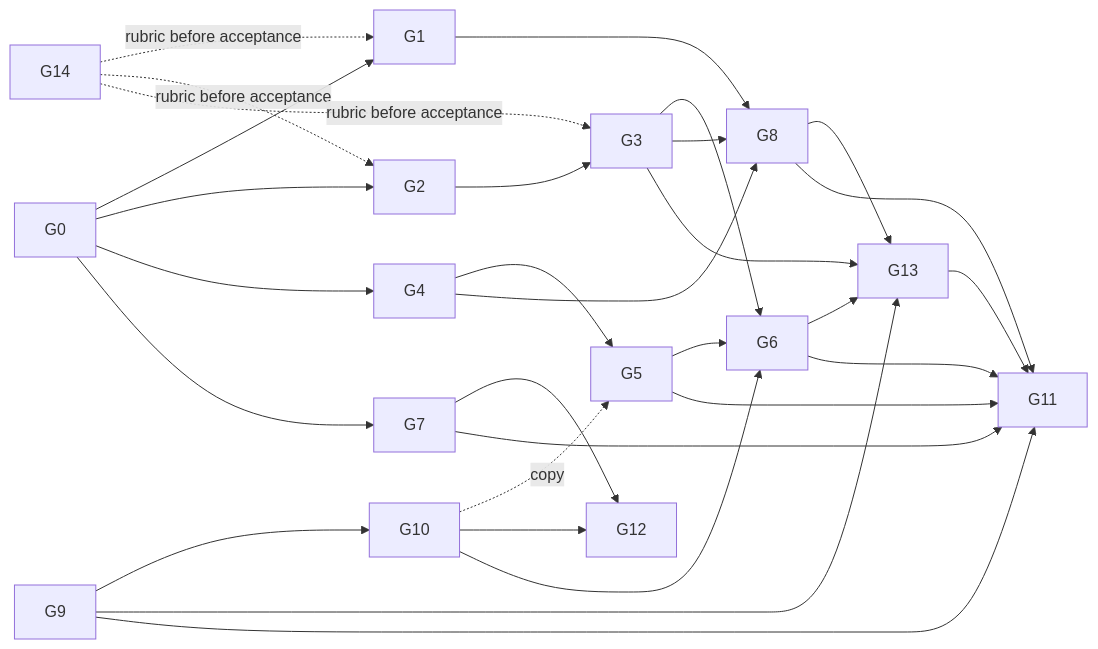
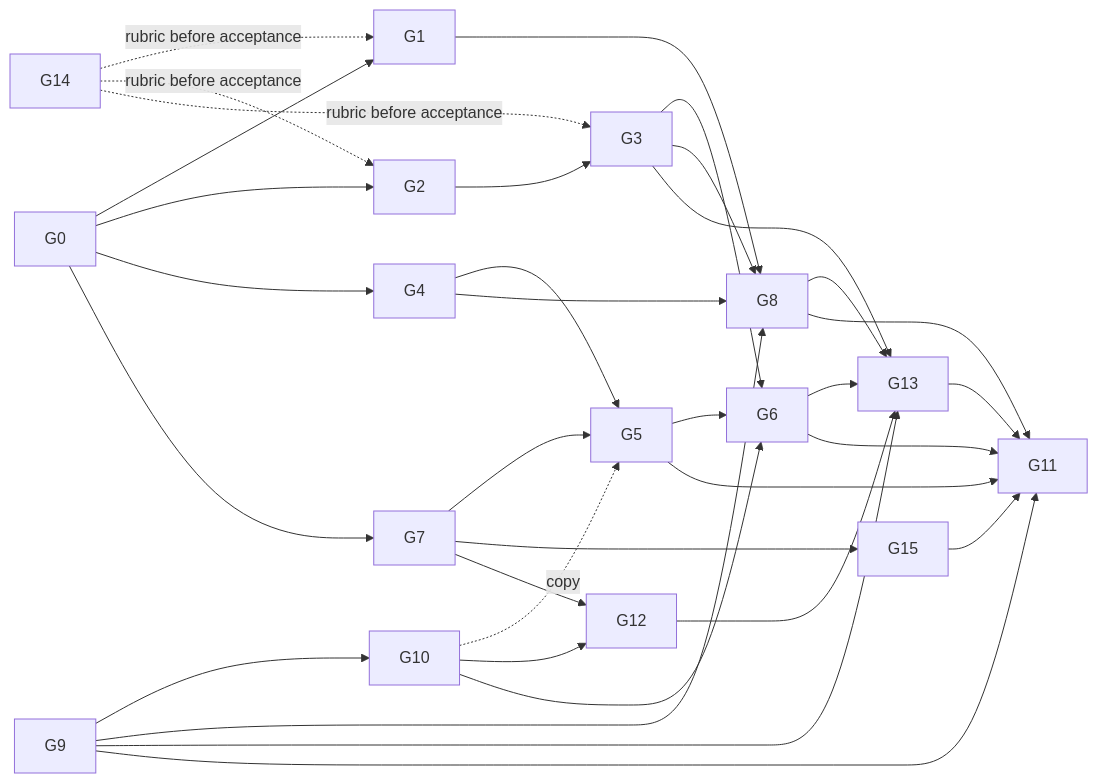
Before and after one commit to IamP5/claudio-bot: the diagram in docs/ux-program/fix-plan-sessions.md, drawn with Mermaid. The commit also changed other lines of this file, not shown here.

````diff
--- a/docs/ux-program/fix-plan-sessions.md
+++ b/docs/ux-program/fix-plan-sessions.md
@@ -663,27 +764,31 @@
 ```mermaid
 graph LR
   G0 --> G1 & G2 & G4 & G7
   G9 --> G10
   G2 --> G3
   G4 --> G5
+  G7 --> G5
+  G7 --> G15
   G10 -.copy.-> G5
   G10 --> G12
   G7 --> G12
   G5 --> G6
   G10 --> G6
   G3 --> G6
   G1 --> G8
   G3 --> G8
   G4 --> G8
+  G9 --> G8
   G8 --> G13
   G3 --> G13
   G9 --> G13
   G6 --> G13
+  G12 --> G13
   G13 --> G11
   G8 --> G11
   G9 --> G11
   G6 --> G11
   G5 --> G11
-  G7 --> G11
+  G15 --> G11
   G14 -.rubric before acceptance.-> G1 & G2 & G3
 ```
````
